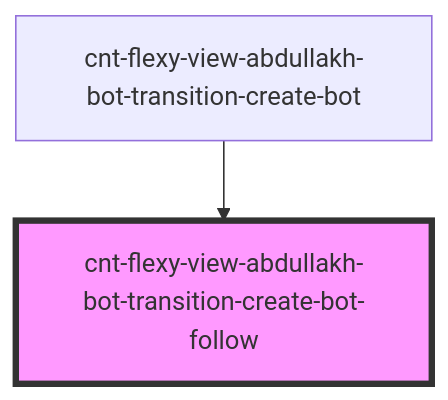
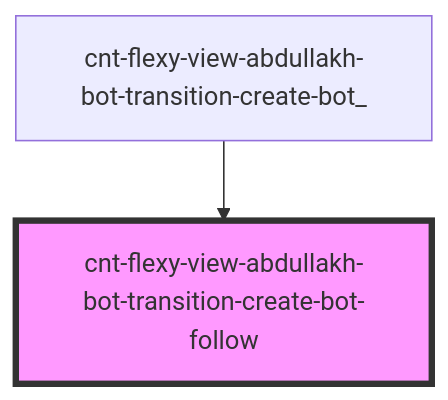
The diagram in src/components/cnt-flexy-view-abdullakh-bot-transition-create-bot/res/view/cnt-flexy-view-abdullakh-bot-transition-create-bot_/res/view/cnt-flexy-view-abdullakh-bot-transition-create-bot-follow/readme.md (Wokh-Dada/botdevelopmentapp), drawn with Mermaid before and after one commit. The commit also changed other lines of this file and 34 other files, not shown here.

````diff
--- a/src/components/cnt-flexy-view-abdullakh-bot-transition-create-bot/res/view/cnt-flexy-view-abdullakh-bot-transition-create-bot_/res/view/cnt-flexy-view-abdullakh-bot-transition-create-bot-follow/readme.md
+++ b/src/components/cnt-flexy-view-abdullakh-bot-transition-create-bot/res/view/cnt-flexy-view-abdullakh-bot-transition-create-bot_/res/view/cnt-flexy-view-abdullakh-bot-transition-create-bot-follow/readme.md
@@ -29,5 +29,5 @@
 ```mermaid
 graph TD;
-  cnt-flexy-view-abdullakh-bot-transition-create-bot --> cnt-flexy-view-abdullakh-bot-transition-create-bot-follow
+  cnt-flexy-view-abdullakh-bot-transition-create-bot_ --> cnt-flexy-view-abdullakh-bot-transition-create-bot-follow
   style cnt-flexy-view-abdullakh-bot-transition-create-bot-follow fill:#f9f,stroke:#333,stroke-width:4px
 ```
````
